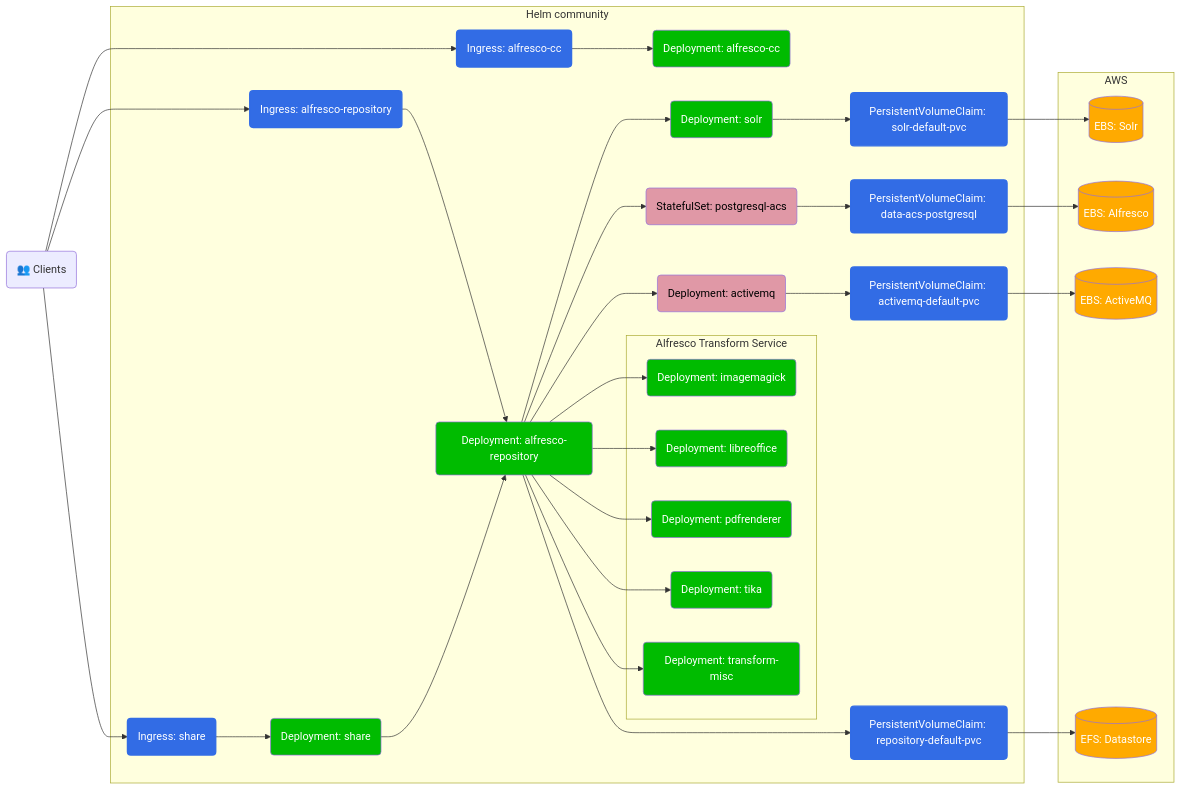
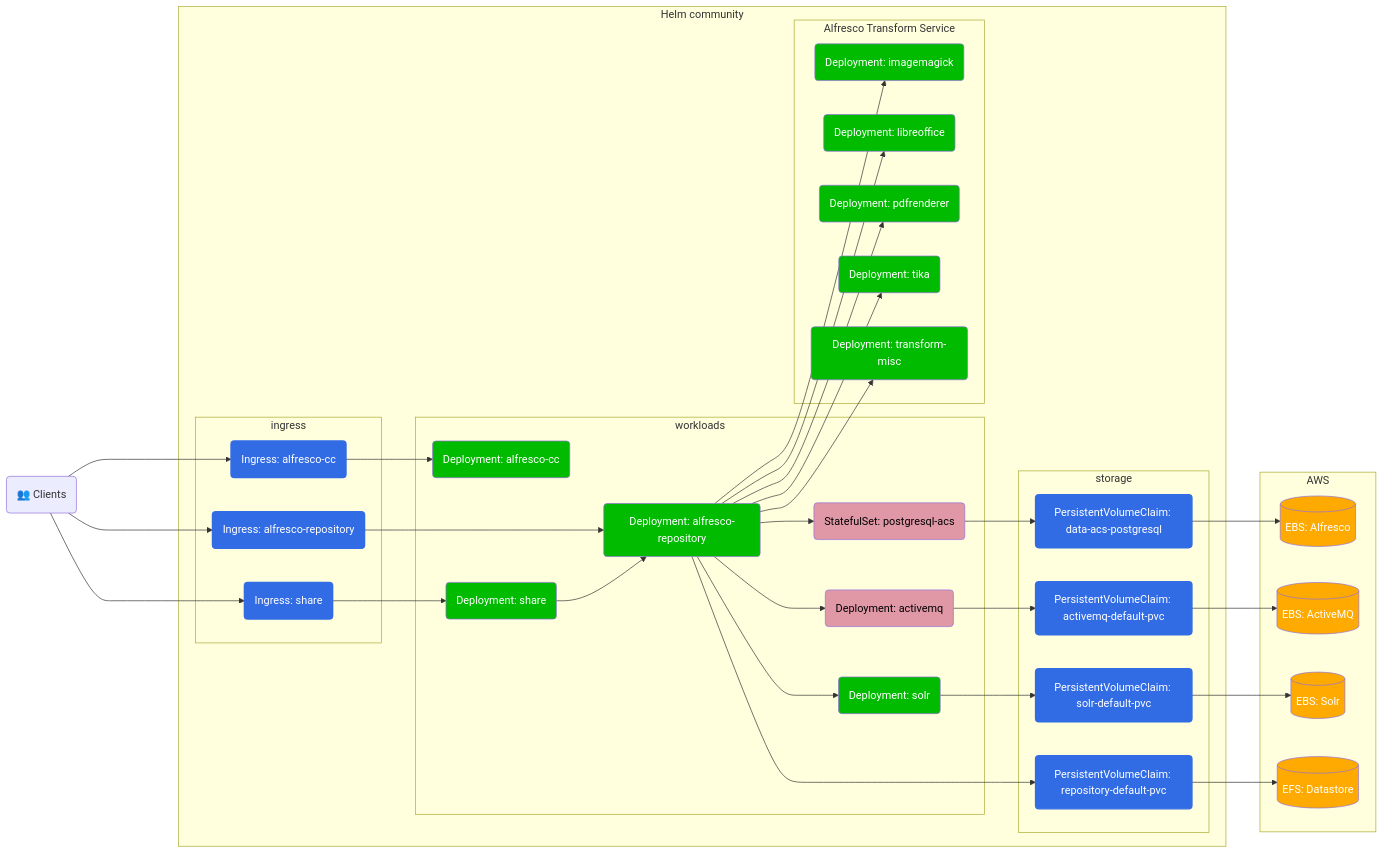
Before and after one commit to Alfresco/acs-deployment: the fourth of 4 diagrams in docs/helm/eks-deployment.md, drawn with Mermaid. The commit also changed other lines of this file, not shown here.

Commit message:
add subgraphs to eks diagrams too

````diff
--- a/docs/helm/eks-deployment.md
+++ b/docs/helm/eks-deployment.md
@@ -160,59 +166,65 @@
 ```mermaid
 graph LR
 
 classDef alf fill:#0b0,color:#fff
 classDef aws fill:#fa0,color:#fff
 classDef k8s fill:#326ce5,stroke:#326ce5,stroke-width:2px,color:#fff
 classDef thrdP fill:#e098a6,color:#000
 
 Client("👥 Clients")
 
 subgraph Helm community
-  PersistentVolumeClaim_activemq-default-pvc(PersistentVolumeClaim: activemq-default-pvc):::k8s
-  PersistentVolumeClaim_repository-default-pvc(PersistentVolumeClaim: repository-default-pvc):::k8s
-  PersistentVolumeClaim_solr-default-pvc(PersistentVolumeClaim: solr-default-pvc):::k8s
-  PersistentVolumeClaim_data-acs-postgresql(PersistentVolumeClaim: data-acs-postgresql):::k8s
-  Deployment_activemq(Deployment: activemq):::thrdP
-  Deployment_alfresco-cc(Deployment: alfresco-cc):::alf
-  Deployment_alfresco-repository(Deployment: alfresco-repository):::alf
-  Deployment_solr(Deployment: solr):::alf
-  Deployment_share(Deployment: share):::alf
-  StatefulSet_postgresql-acs(StatefulSet: postgresql-acs):::thrdP
-  Ingress_alfresco-cc(Ingress: alfresco-cc):::k8s
-  Ingress_alfresco-repository(Ingress: alfresco-repository):::k8s
-  Ingress_share(Ingress: share):::k8s
+  subgraph storage
+    PersistentVolumeClaim_activemq-default-pvc(PersistentVolumeClaim: activemq-default-pvc):::k8s
+    PersistentVolumeClaim_repository-default-pvc(PersistentVolumeClaim: repository-default-pvc):::k8s
+    PersistentVolumeClaim_solr-default-pvc(PersistentVolumeClaim: solr-default-pvc):::k8s
+    PersistentVolumeClaim_data-acs-postgresql(PersistentVolumeClaim: data-acs-postgresql):::k8s
+  end
+  subgraph workloads
+    Deployment_activemq(Deployment: activemq):::thrdP
+    Deployment_alfresco-cc(Deployment: alfresco-cc):::alf
+    Deployment_alfresco-repository(Deployment: alfresco-repository):::alf
+    Deployment_solr(Deployment: solr):::alf
+    Deployment_share(Deployment: share):::alf
+    StatefulSet_postgresql-acs(StatefulSet: postgresql-acs):::thrdP
+  end
+  subgraph ingress
+    Ingress_alfresco-cc(Ingress: alfresco-cc):::k8s
+    Ingress_alfresco-repository(Ingress: alfresco-repository):::k8s
+    Ingress_share(Ingress: share):::k8s
+  end
   subgraph "Alfresco Transform Service"
     Deployment_imagemagick(Deployment: imagemagick):::alf
     Deployment_libreoffice(Deployment: libreoffice):::alf
     Deployment_pdfrenderer(Deployment: pdfrenderer):::alf
     Deployment_tika(Deployment: tika):::alf
     Deployment_transform-misc(Deployment: transform-misc):::alf
   end
 end
 
 subgraph AWS
   EBS-acs[(EBS: Alfresco)]:::aws
   EBS-mq[(EBS: ActiveMQ)]:::aws
   EBS-solr[(EBS: Solr)]:::aws
   EFS[(EFS: Datastore)]:::aws
 end
 
 Client ----> Ingress_alfresco-cc --> Deployment_alfresco-cc
 Client --> Ingress_alfresco-repository --> Deployment_alfresco-repository
 Client --> Ingress_share --> Deployment_share
 
 Deployment_share --> Deployment_alfresco-repository
 
 Deployment_alfresco-repository --> Deployment_solr
 Deployment_alfresco-repository --> StatefulSet_postgresql-acs --> PersistentVolumeClaim_data-acs-postgresql --> EBS-acs
 Deployment_alfresco-repository --> Deployment_activemq
 Deployment_alfresco-repository --> Deployment_imagemagick
 Deployment_alfresco-repository --> Deployment_libreoffice
 Deployment_alfresco-repository --> Deployment_pdfrenderer
 Deployment_alfresco-repository --> Deployment_tika
 Deployment_alfresco-repository --> Deployment_transform-misc
 
 Deployment_alfresco-repository ---> PersistentVolumeClaim_repository-default-pvc --> EFS
 Deployment_activemq --> PersistentVolumeClaim_activemq-default-pvc --> EBS-mq
 Deployment_solr --> PersistentVolumeClaim_solr-default-pvc --> EBS-solr
 ```
````
